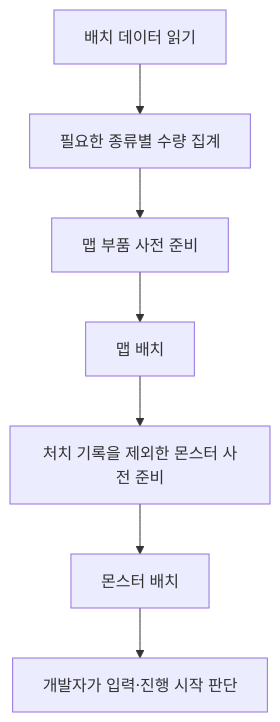
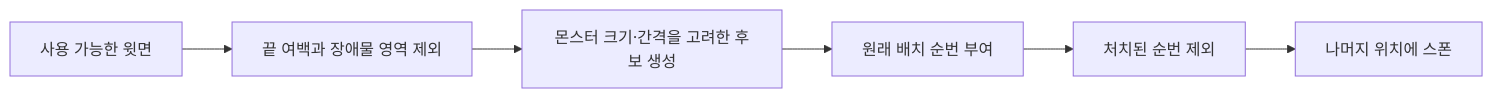
The fourth of 5 diagrams in Docs/맵 구성과 몬스터 배치 데이터 제안서.md (hyunho9228-web/DataSheet), drawn with Mermaid before and after one commit. The commit also changed other lines of this file and 1 other file, not shown here.

````diff
--- a/Docs/맵 구성과 몬스터 배치 데이터 제안서.md
+++ b/Docs/맵 구성과 몬스터 배치 데이터 제안서.md
@@ -245,9 +136,8 @@
 ```mermaid
-flowchart TD
-    A[배치 데이터 읽기] --> B[필요한 종류별 수량 집계]
-    B --> C[맵 부품 사전 준비]
-    C --> D[맵 배치]
-    D --> E[처치 기록을 제외한 몬스터 사전 준비]
-    E --> F[몬스터 배치]
-    F --> G[개발자가 입력·진행 시작 판단]
+flowchart LR
+    A[사용 가능한 윗면] --> B[끝 여백과 장애물 영역 제외]
+    B --> C[몬스터 크기·간격을 고려한 후보 생성]
+    C --> D[원래 배치 순번 부여]
+    D --> E[처치된 순번 제외]
+    E --> F[나머지 위치에 스폰]
 ```
````
